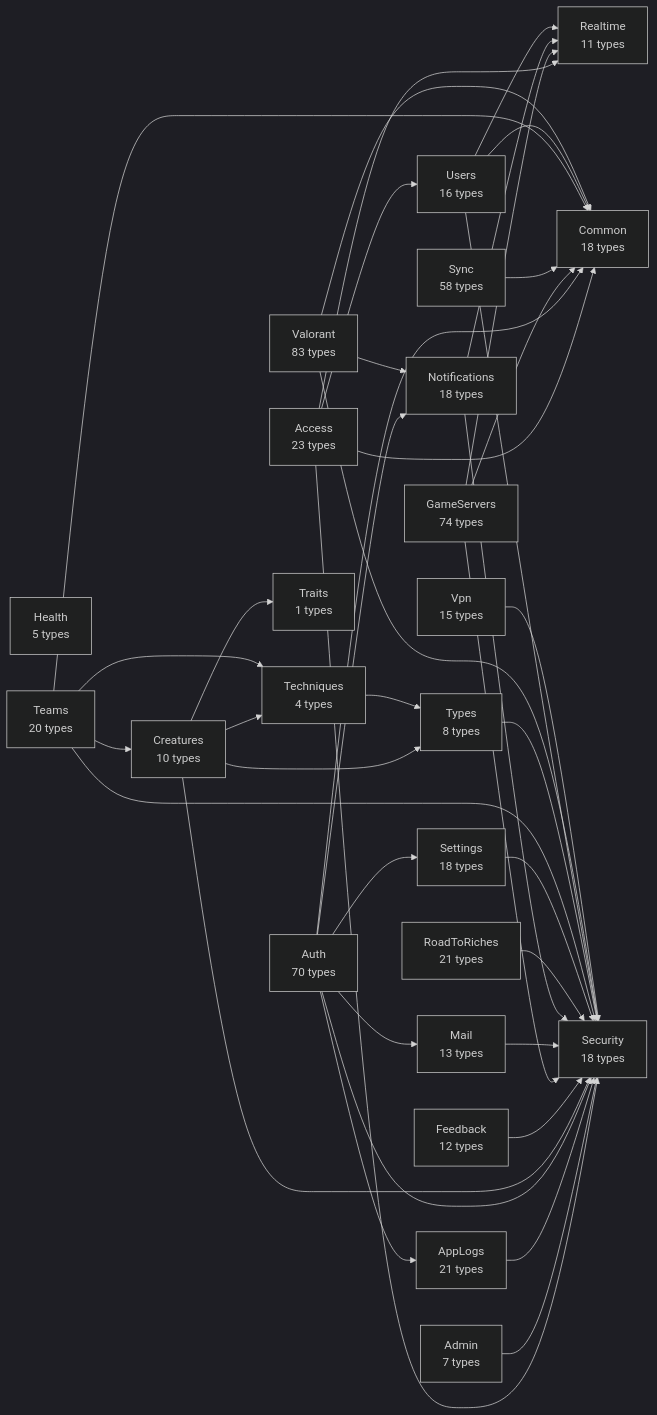
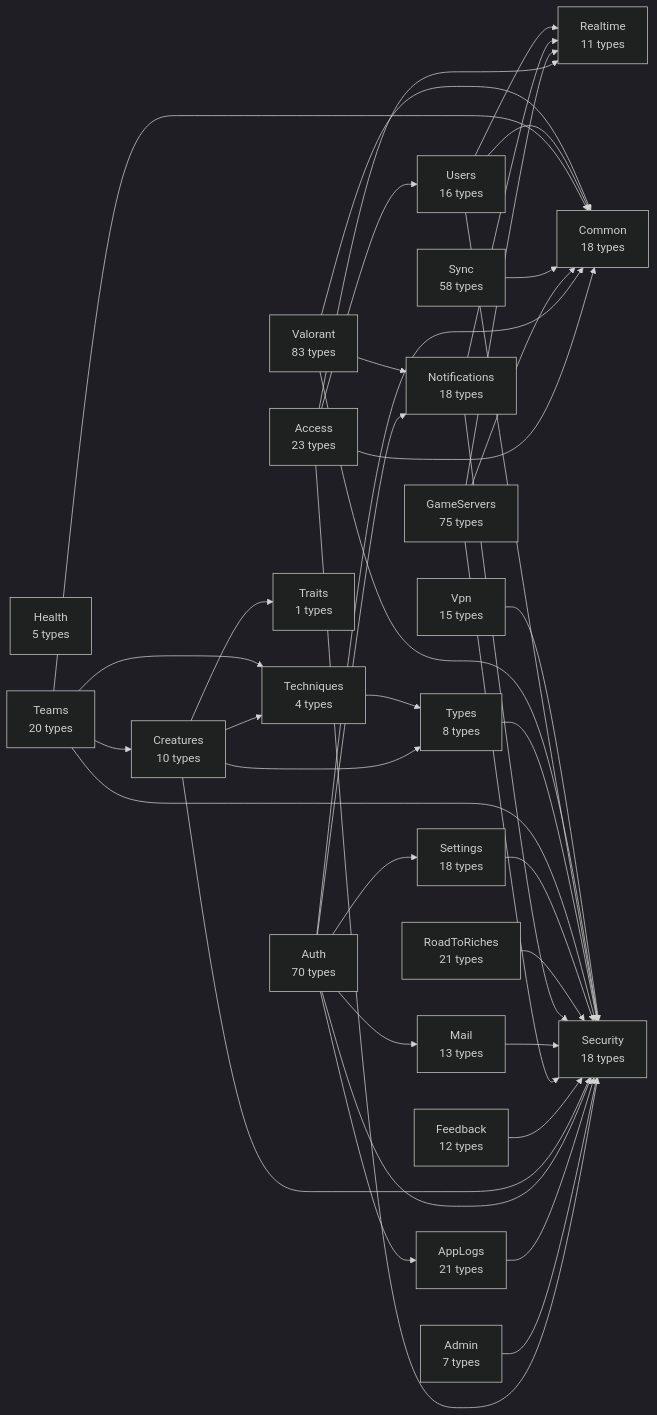
The diagram in api/docs/diagrams/00-modules.md (huiitre/Tools-app), drawn with Mermaid (dark theme) before and after one commit. The commit also changed 10 other files, not shown here.

````diff
--- a/api/docs/diagrams/00-modules.md
+++ b/api/docs/diagrams/00-modules.md
@@ -5,65 +5,65 @@
 ```mermaid
 flowchart LR
   Access["Access<br/>23 types"]
   Admin["Admin<br/>7 types"]
   AppLogs["AppLogs<br/>21 types"]
   Auth["Auth<br/>70 types"]
   Common["Common<br/>18 types"]
   Creatures["Creatures<br/>10 types"]
   Feedback["Feedback<br/>12 types"]
-  GameServers["GameServers<br/>74 types"]
+  GameServers["GameServers<br/>75 types"]
   Health["Health<br/>5 types"]
   Mail["Mail<br/>13 types"]
   Notifications["Notifications<br/>18 types"]
   Realtime["Realtime<br/>11 types"]
   RoadToRiches["RoadToRiches<br/>21 types"]
   Security["Security<br/>18 types"]
   Settings["Settings<br/>18 types"]
   Sync["Sync<br/>58 types"]
   Teams["Teams<br/>20 types"]
   Techniques["Techniques<br/>4 types"]
   Traits["Traits<br/>1 types"]
   Types["Types<br/>8 types"]
   Users["Users<br/>16 types"]
   Valorant["Valorant<br/>83 types"]
   Vpn["Vpn<br/>15 types"]
   Access --> Common
   Access --> Realtime
   Access --> Security
   Access --> Users
   Admin --> Security
   AppLogs --> Security
   Auth --> AppLogs
   Auth --> Common
   Auth --> Mail
   Auth --> Notifications
   Auth --> Security
   Auth --> Settings
   Creatures --> Security
   Creatures --> Techniques
   Creatures --> Traits
   Creatures --> Types
   Feedback --> Security
   GameServers --> Common
   GameServers --> Realtime
   GameServers --> Security
   Mail --> Security
   Notifications --> Realtime
   Notifications --> Security
   RoadToRiches --> Security
   Settings --> Security
   Sync --> Common
   Teams --> Common
   Teams --> Creatures
   Teams --> Security
   Teams --> Techniques
   Techniques --> Types
   Types --> Security
   Users --> Common
   Users --> Realtime
   Users --> Security
   Valorant --> Common
   Valorant --> Notifications
   Valorant --> Security
   Vpn --> Security
 ```
````
